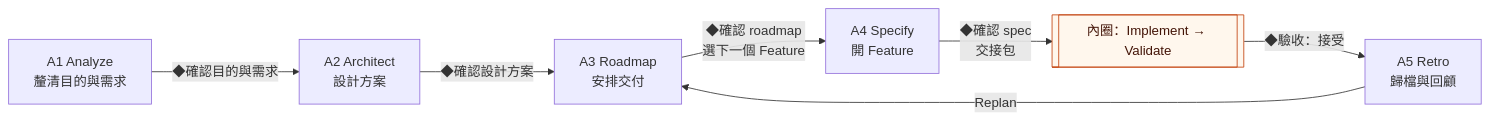
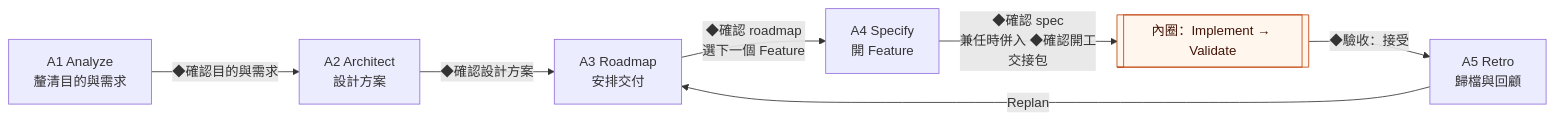
Before and after one commit to ellis429/loop-engineering: the second of 3 diagrams in docs/guide/user-guide.md, drawn with Mermaid. The commit also changed other lines of this file and 4 other files, not shown here.

````diff
--- a/docs/guide/user-guide.md
+++ b/docs/guide/user-guide.md
@@ -90,10 +91,10 @@
 ```mermaid
 flowchart LR
   A1["A1 Analyze<br/>釐清目的與需求"] -->|◆確認目的與需求| A2["A2 Architect<br/>設計方案"]
   A2 -->|◆確認設計方案| A3["A3 Roadmap<br/>安排交付"]
   A3 -->|◆確認 roadmap<br/>選下一個 Feature| A4["A4 Specify<br/>開 Feature"]
-  A4 -->|◆確認 spec<br/>交接包| IN[["內圈：Implement → Validate"]]
+  A4 -->|◆確認 spec<br/>兼任時併入 ◆確認開工<br/>交接包| IN[["內圈：Implement → Validate"]]
   IN -->|◆驗收：接受| A5["A5 Retro<br/>歸檔與回顧"]
   A5 -->|Replan| A3
   style IN fill:#fff7ed,stroke:#c2410c,color:#431407
 ```
````
